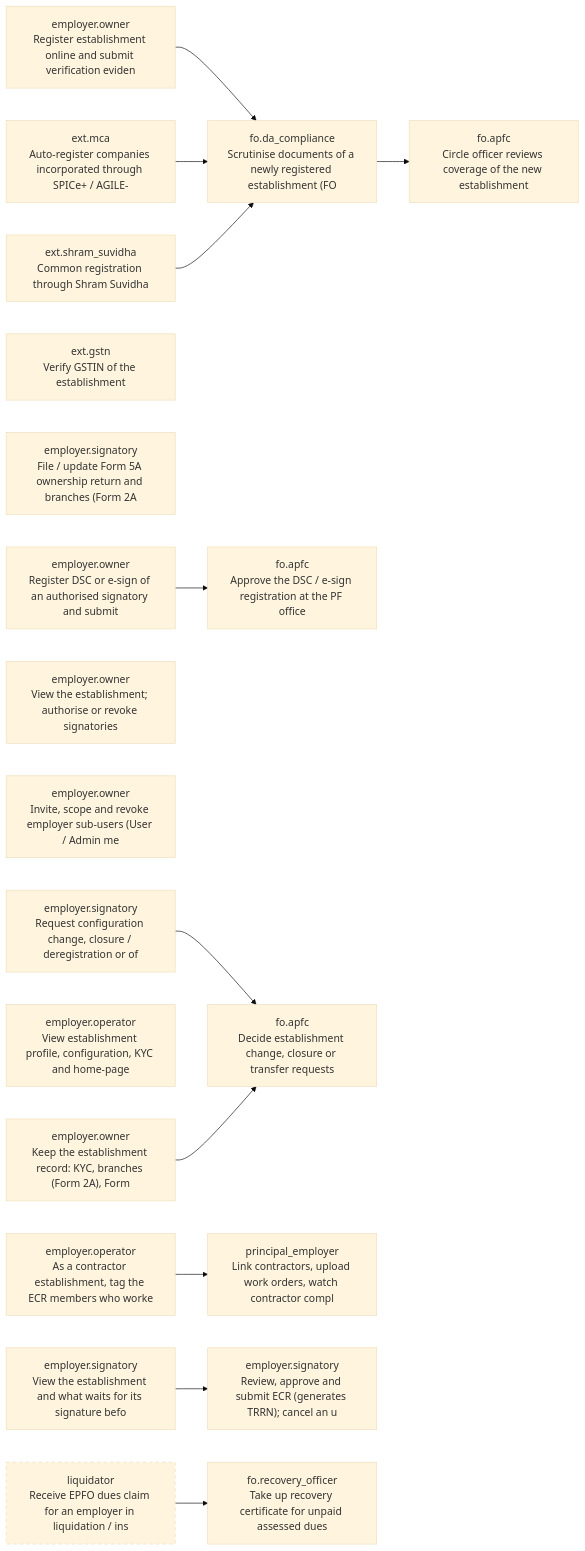
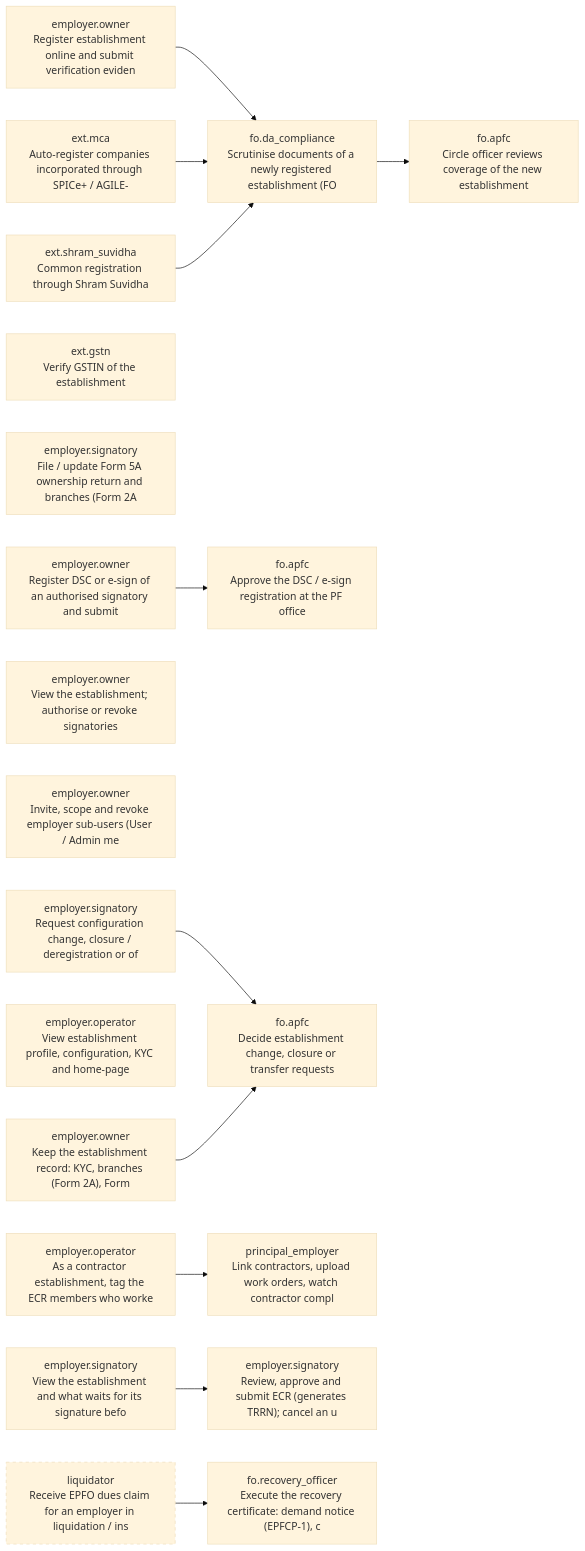
The first of 14 diagrams in docs/stakeholder-api-sets.md (gauravmeena0708/pf-life), drawn with Mermaid (base theme) before and after one commit. The commit also changed other lines of this file and 54 other files, not shown here.

````diff
--- a/docs/stakeholder-api-sets.md
+++ b/docs/stakeholder-api-sets.md
@@ -1521,35 +1533,35 @@
 ```mermaid
 flowchart LR
   F01_register["employer.owner<br/>Register establishment online and submit verification eviden"]
   F01_mca_autoreg["ext.mca<br/>Auto-register companies incorporated through SPICe+ / AGILE-"]
   F01_ssp_reg["ext.shram_suvidha<br/>Common registration through Shram Suvidha"]
   F01_kyc_registry["ext.gstn<br/>Verify GSTIN of the establishment"]
   F01_olre_scrutiny["fo.da_compliance<br/>Scrutinise documents of a newly registered establishment (FO"]
   F01_circle_review["fo.apfc<br/>Circle officer reviews coverage of the new establishment"]
   F01_form5a["employer.signatory<br/>File / update Form 5A ownership return and branches (Form 2A"]
   F01_dsc_register["employer.owner<br/>Register DSC or e-sign of an authorised signatory and submit"]
   F01_dsc_approve["fo.apfc<br/>Approve the DSC / e-sign registration at the PF office"]
   F01_signatories["employer.owner<br/>View the establishment; authorise or revoke signatories"]
   F01_operators["employer.owner<br/>Invite, scope and revoke employer sub-users (User / Admin me"]
   F01_signatory_profile["employer.signatory<br/>View the establishment and what waits for its signature befo"]
   F01_profile["employer.operator<br/>View establishment profile, configuration, KYC and home-page"]
   F01_change_request["employer.signatory<br/>Request configuration change, closure / deregistration or of"]
   F01_change_decide["fo.apfc<br/>Decide establishment change, closure or transfer requests"]
   F01_establishment_owner["employer.owner<br/>Keep the establishment record: KYC, branches (Form 2A), Form"]
   F01_contractors["principal_employer<br/>Link contractors, upload work orders, watch contractor compl"]
   F01_contractor_tag["employer.operator<br/>As a contractor establishment, tag the ECR members who worke"]
   F01_liquidation["liquidator<br/>Receive EPFO dues claim for an employer in liquidation / ins"]
   style F01_liquidation stroke-dasharray: 5 5
   F01_register --> F01_olre_scrutiny
   F01_mca_autoreg --> F01_olre_scrutiny
   F01_ssp_reg --> F01_olre_scrutiny
   F01_olre_scrutiny --> F01_circle_review
   F01_dsc_register --> F01_dsc_approve
   F03_ecr_approve["employer.signatory<br/>Review, approve and submit ECR (generates TRRN); cancel an u"]
   F01_signatory_profile --> F03_ecr_approve
   F01_change_request --> F01_change_decide
   F01_establishment_owner --> F01_change_decide
   F01_contractor_tag --> F01_contractors
-  F06_recovery["fo.recovery_officer<br/>Take up recovery certificate for unpaid assessed dues"]
+  F06_recovery["fo.recovery_officer<br/>Execute the recovery certificate: demand notice (EPFCP-1), c"]
   F01_liquidation --> F06_recovery
 ```
````
